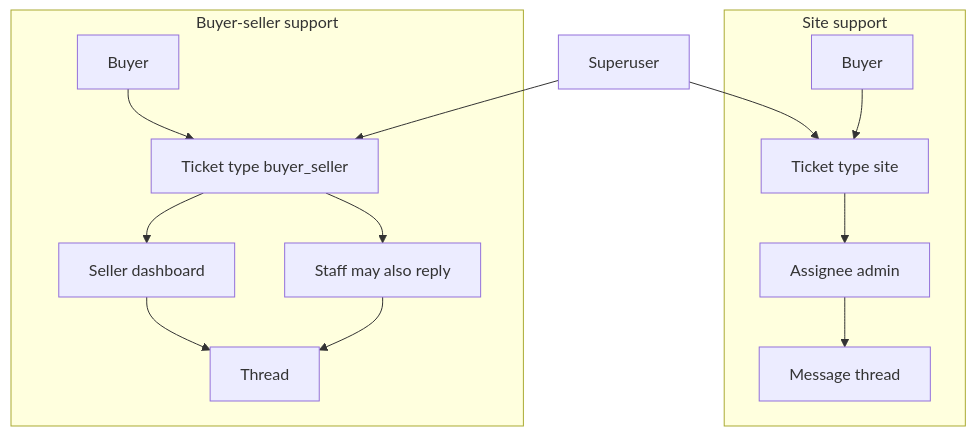
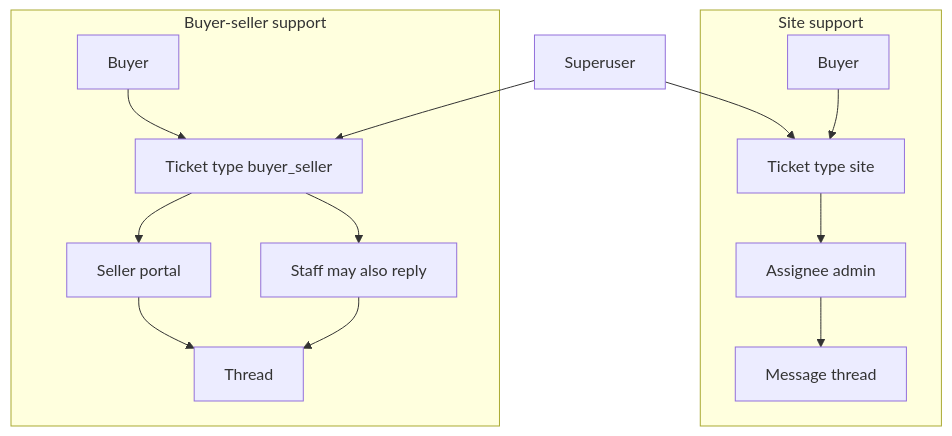
One commit to nafasebra/order-manager-docs changed diagram 13 of 17 in data-flow.md. Above: the diagram before and after it, drawn with Mermaid. The commit also changed other lines of this file and 8 other files, not shown here.

````diff
--- a/data-flow.md
+++ b/data-flow.md
@@ -289,19 +314,19 @@
 ```mermaid
 flowchart TB
   subgraph Site support
     B1[Buyer] --> T1[Ticket type site]
     T1 --> A1[Assignee admin]
     A1 --> TH1[Message thread]
   end
 
   subgraph Buyer-seller support
     B2[Buyer] --> T2[Ticket type buyer_seller]
-    T2 --> SL[Seller dashboard]
+    T2 --> SL[Seller portal]
     T2 --> A2[Staff may also reply]
     SL --> TH2[Thread]
     A2 --> TH2
   end
 
   SU[Superuser] --> T1
   SU --> T2
 ```
````
